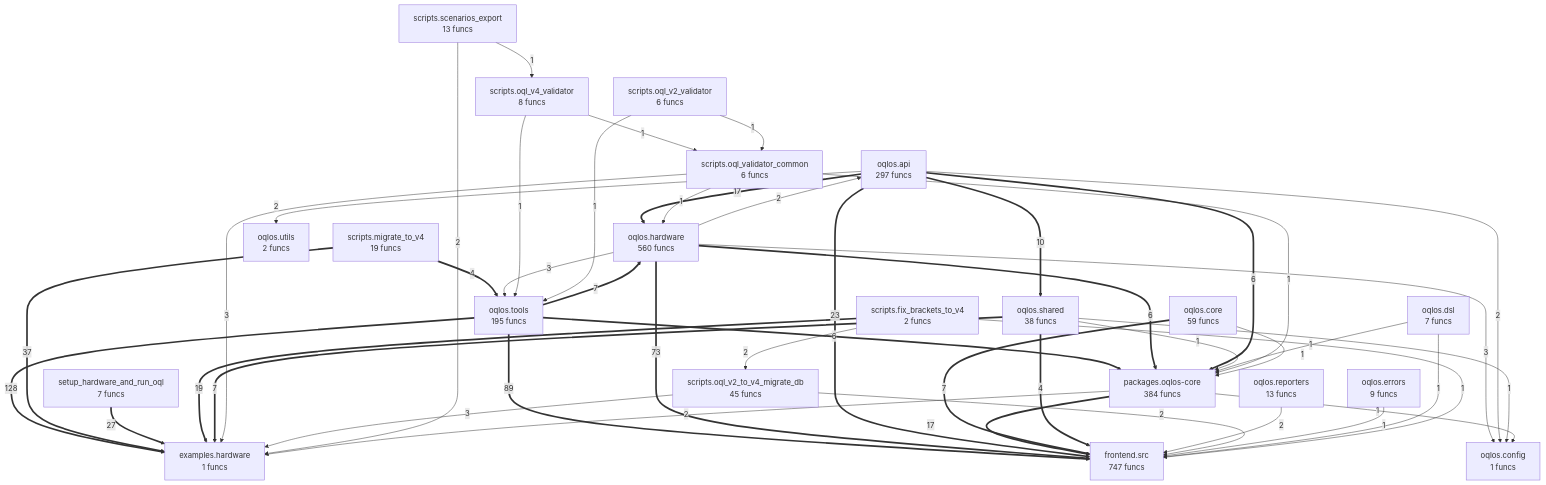
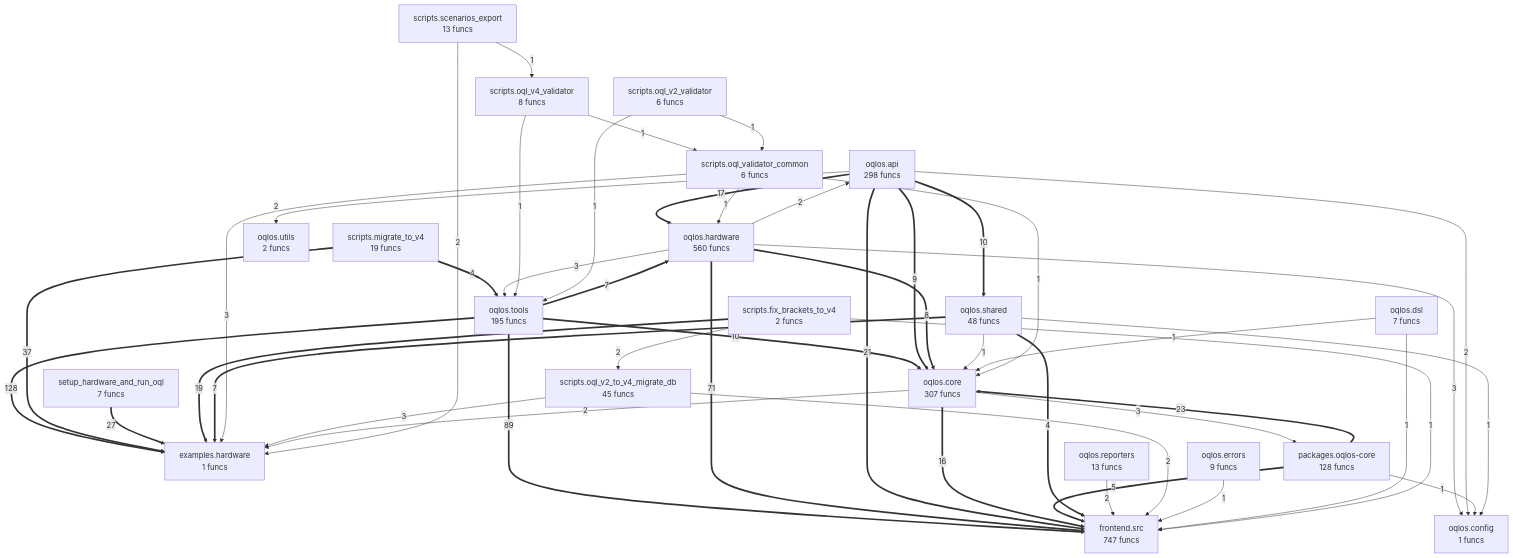
The diagram in project/compact_flow.mmd (oqlos/oqlos), drawn with Mermaid before and after one commit. The commit also changed 21 other files, not shown here.

```diff
--- a/project/compact_flow.mmd
+++ b/project/compact_flow.mmd
@@ -1,68 +1,69 @@
 flowchart TD
-%% generated in 0.08s
+%% generated in 0.06s
     examples__hardware["examples.hardware<br/>1 funcs"]
     frontend__src["frontend.src<br/>747 funcs"]
-    oqlos__api["oqlos.api<br/>297 funcs"]
+    oqlos__api["oqlos.api<br/>298 funcs"]
     oqlos__config["oqlos.config<br/>1 funcs"]
-    oqlos__core["oqlos.core<br/>59 funcs"]
+    oqlos__core["oqlos.core<br/>307 funcs"]
     oqlos__dsl["oqlos.dsl<br/>7 funcs"]
     oqlos__errors["oqlos.errors<br/>9 funcs"]
     oqlos__hardware["oqlos.hardware<br/>560 funcs"]
     oqlos__reporters["oqlos.reporters<br/>13 funcs"]
-    oqlos__shared["oqlos.shared<br/>38 funcs"]
+    oqlos__shared["oqlos.shared<br/>48 funcs"]
     oqlos__tools["oqlos.tools<br/>195 funcs"]
     oqlos__utils["oqlos.utils<br/>2 funcs"]
-    packages__oqlos_core["packages.oqlos-core<br/>384 funcs"]
+    packages__oqlos_core["packages.oqlos-core<br/>128 funcs"]
     scripts__fix_brackets_to_v4["scripts.fix_brackets_to_v4<br/>2 funcs"]
     scripts__migrate_to_v4["scripts.migrate_to_v4<br/>19 funcs"]
     scripts__oql_v2_to_v4_migrate_db["scripts.oql_v2_to_v4_migrate_db<br/>45 funcs"]
     scripts__oql_v2_validator["scripts.oql_v2_validator<br/>6 funcs"]
     scripts__oql_v4_validator["scripts.oql_v4_validator<br/>8 funcs"]
     scripts__oql_validator_common["scripts.oql_validator_common<br/>6 funcs"]
     scripts__scenarios_export["scripts.scenarios_export<br/>13 funcs"]
     setup_hardware_and_run_oql["setup_hardware_and_run_oql<br/>7 funcs"]
     oqlos__tools ==>|128| examples__hardware
     oqlos__tools ==>|89| frontend__src
-    oqlos__hardware ==>|73| frontend__src
+    oqlos__hardware ==>|71| frontend__src
     scripts__migrate_to_v4 ==>|37| examples__hardware
     setup_hardware_and_run_oql ==>|27| examples__hardware
-    oqlos__api ==>|23| frontend__src
+    packages__oqlos_core ==>|23| oqlos__core
+    oqlos__api ==>|21| frontend__src
     scripts__fix_brackets_to_v4 ==>|19| examples__hardware
     oqlos__api ==>|17| oqlos__hardware
-    packages__oqlos_core ==>|17| frontend__src
+    oqlos__core ==>|16| frontend__src
+    oqlos__tools ==>|10| oqlos__core
     oqlos__api ==>|10| oqlos__shared
+    oqlos__api ==>|9| oqlos__core
+    oqlos__hardware ==>|8| oqlos__core
     oqlos__tools ==>|7| oqlos__hardware
     oqlos__shared ==>|7| examples__hardware
-    oqlos__core ==>|7| frontend__src
-    oqlos__tools ==>|6| packages__oqlos_core
-    oqlos__hardware ==>|6| packages__oqlos_core
-    oqlos__api ==>|6| packages__oqlos_core
+    packages__oqlos_core ==>|5| frontend__src
     oqlos__shared ==>|4| frontend__src
     scripts__migrate_to_v4 ==>|4| oqlos__tools
+    oqlos__core -->|3| packages__oqlos_core
     oqlos__hardware -->|3| oqlos__config
     oqlos__hardware -->|3| oqlos__tools
     scripts__oql_validator_common -->|3| examples__hardware
     scripts__oql_v2_to_v4_migrate_db -->|3| examples__hardware
+    oqlos__core -->|2| examples__hardware
     oqlos__hardware -->|2| oqlos__api
     oqlos__reporters -->|2| frontend__src
     oqlos__api -->|2| oqlos__utils
     oqlos__api -->|2| oqlos__config
     scripts__fix_brackets_to_v4 -->|2| scripts__oql_v2_to_v4_migrate_db
     scripts__oql_v2_to_v4_migrate_db -->|2| frontend__src
     scripts__scenarios_export -->|2| examples__hardware
-    packages__oqlos_core -->|2| examples__hardware
+    packages__oqlos_core -->|1| oqlos__config
     oqlos__errors -->|1| frontend__src
-    oqlos__shared -->|1| packages__oqlos_core
+    oqlos__shared -->|1| oqlos__core
     oqlos__shared -->|1| oqlos__config
-    oqlos__dsl -->|1| packages__oqlos_core
+    oqlos__dsl -->|1| oqlos__core
     oqlos__dsl -->|1| frontend__src
-    scripts__oql_validator_common -->|1| packages__oqlos_core
+    scripts__oql_validator_common -->|1| oqlos__core
     scripts__oql_validator_common -->|1| oqlos__hardware
     scripts__oql_v4_validator -->|1| oqlos__tools
     scripts__oql_v4_validator -->|1| scripts__oql_validator_common
     scripts__fix_brackets_to_v4 -->|1| frontend__src
     scripts__oql_v2_validator -->|1| oqlos__tools
     scripts__oql_v2_validator -->|1| scripts__oql_validator_common
     scripts__scenarios_export -->|1| scripts__oql_v4_validator
-    packages__oqlos_core -->|1| oqlos__config
-    oqlos__core -->|1| packages__oqlos_core
```
